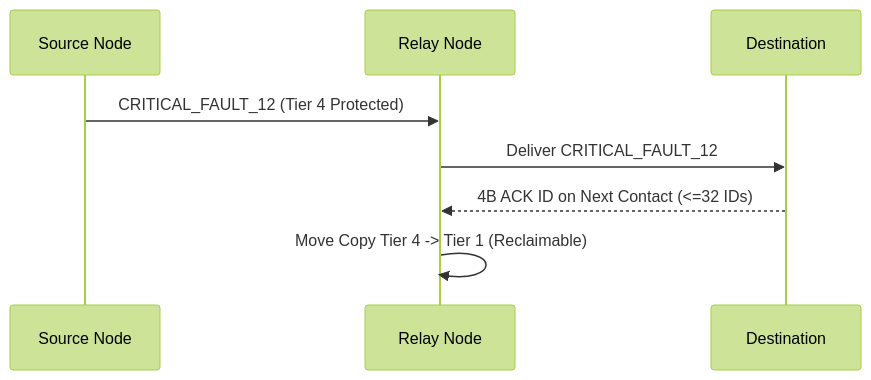
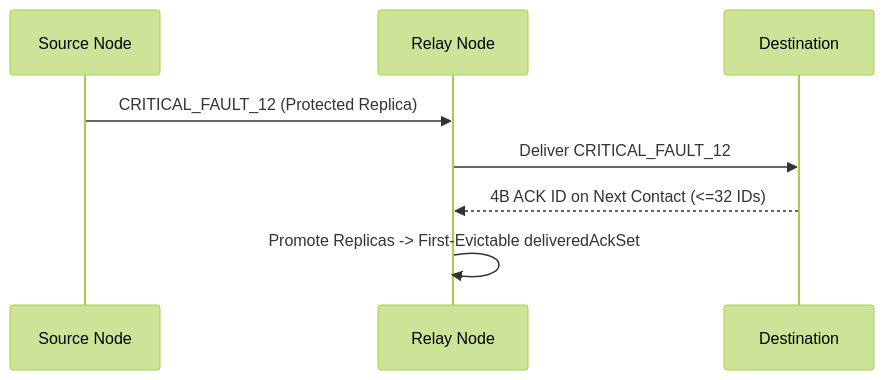
One commit to nafisshahriar/ADTNM changed the diagram in docs/study-guide/figures/mmd/fig08_ack_pruning_seq.mmd. Above: the diagram before and after it, drawn with Mermaid (forest theme). The commit also changed 186 other files, not shown here.

```diff
--- a/docs/study-guide/figures/mmd/fig08_ack_pruning_seq.mmd
+++ b/docs/study-guide/figures/mmd/fig08_ack_pruning_seq.mmd
@@ -1,8 +1,8 @@
 sequenceDiagram
   participant Src as Source Node
   participant Rel as Relay Node
   participant Dst as Destination
-  Src->>Rel: CRITICAL_FAULT_12 (Tier 4 Protected)
+  Src->>Rel: CRITICAL_FAULT_12 (Protected Replica)
   Rel->>Dst: Deliver CRITICAL_FAULT_12
   Dst-->>Rel: 4B ACK ID on Next Contact (<=32 IDs)
-  Rel->>Rel: Move Copy Tier 4 -> Tier 1 (Reclaimable)
+  Rel->>Rel: Promote Replicas -> First-Evictable deliveredAckSet
```
